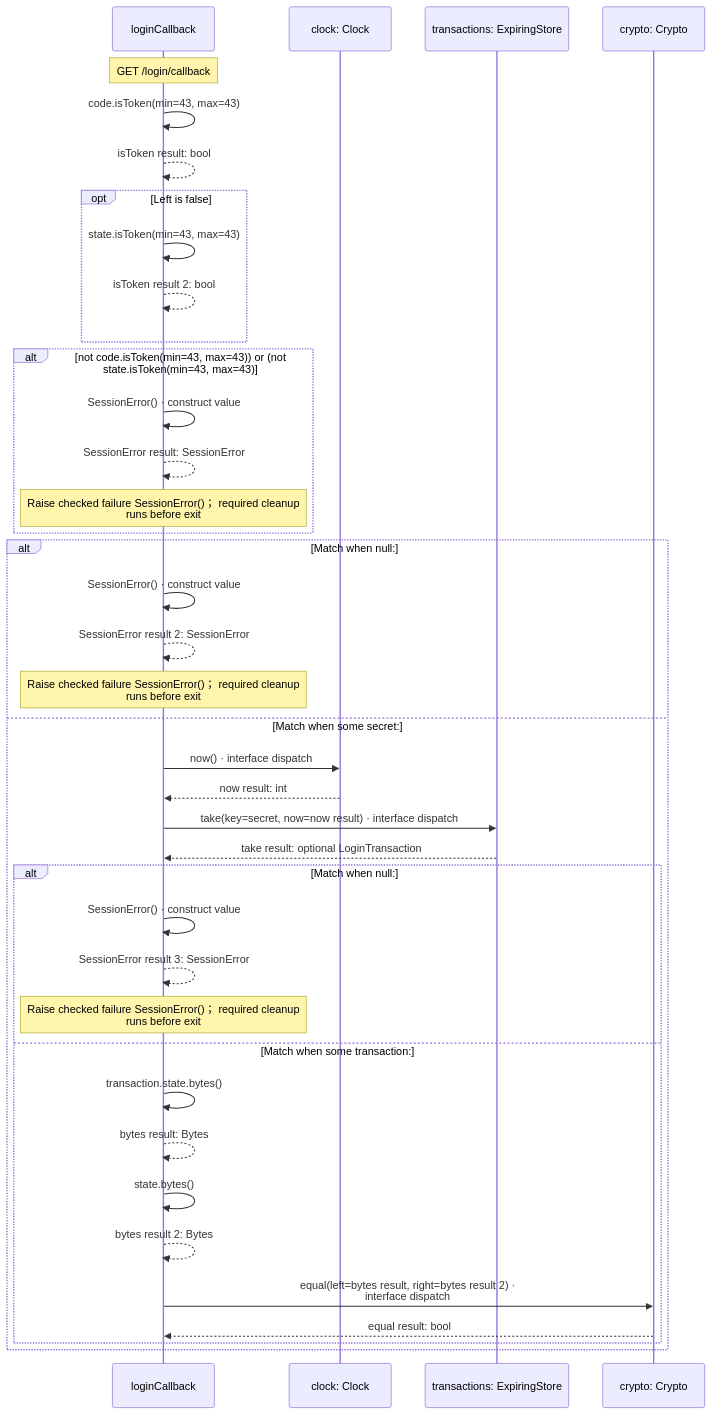
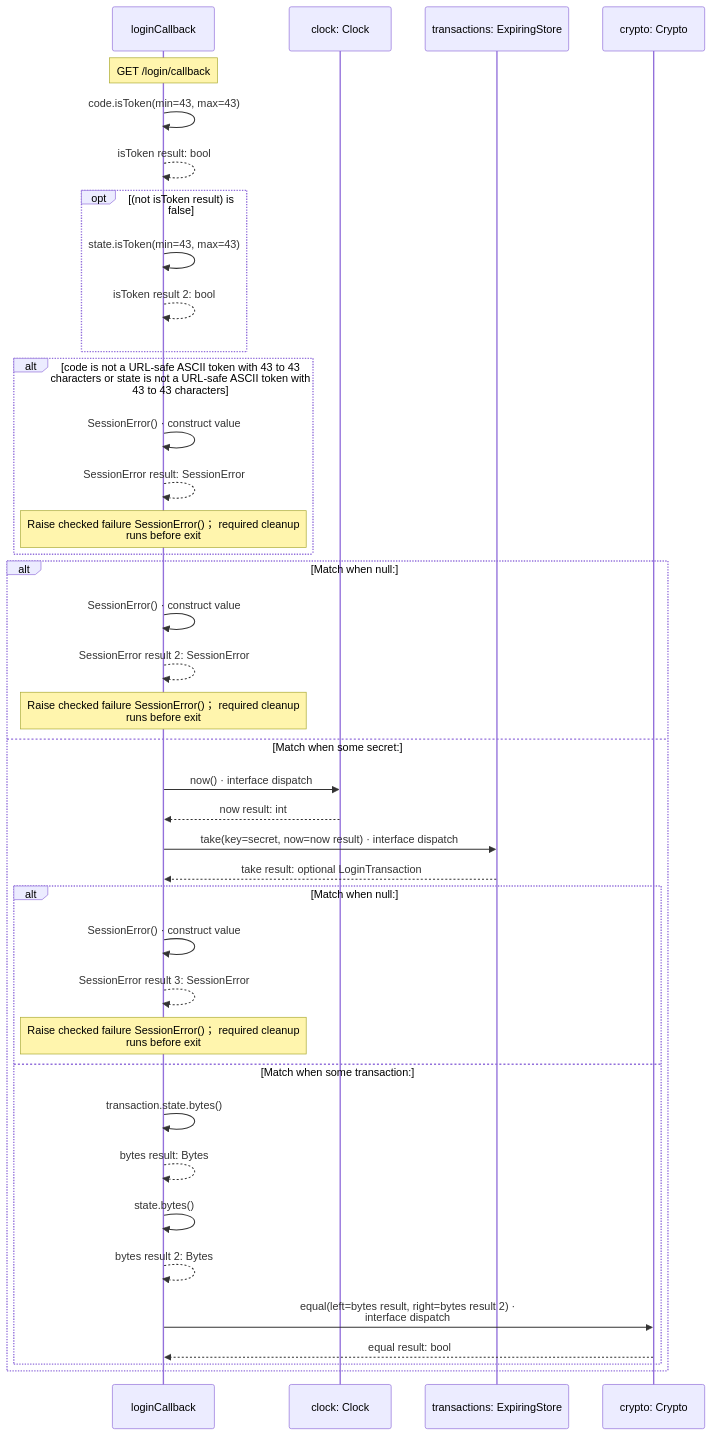
One commit to GreenPandaStudios/augscript changed the ninth of 13 diagrams in docs/examples/oidc-login/client/login-diagrams.md. Above: the diagram before and after it, drawn with Mermaid. The commit also changed other lines of this file and 658 other files, not shown here.

````diff
--- a/docs/examples/oidc-login/client/login-diagrams.md
+++ b/docs/examples/oidc-login/client/login-diagrams.md
@@ -209,41 +233,41 @@
 ```mermaid
 sequenceDiagram
     participant p0 as loginCallback
     participant p1 as clock: Clock
     participant p2 as transactions: ExpiringStore
     participant p3 as crypto: Crypto
     Note over p0: GET /login/callback
     p0->>p0: code.isToken(min=43, max=43)
     p0-->>p0: isToken result: bool
-    opt Left is false
+    opt (not isToken result) is false
     p0->>p0: state.isToken(min=43, max=43)
     p0-->>p0: isToken result 2: bool
     end
-    alt not code.isToken(min=43, max=43)) or (not state.isToken(min=43, max=43)
+    alt code is not a URL-safe ASCII token with 43 to 43<br/>characters or state is not a URL-safe ASCII token with<br/>43 to 43 characters
     p0->>p0: SessionError() · construct value
     p0-->>p0: SessionError result: SessionError
     Note over p0: Raise checked failure SessionError()； required cleanup<br/>runs before exit
     end
     alt Match when null:
     p0->>p0: SessionError() · construct value
     p0-->>p0: SessionError result 2: SessionError
     Note over p0: Raise checked failure SessionError()； required cleanup<br/>runs before exit
     else Match when some secret:
     p0->>p1: now() · interface dispatch
     p1-->>p0: now result: int
     p0->>p2: take(key=secret, now=now result) · interface dispatch
     p2-->>p0: take result: optional LoginTransaction
     alt Match when null:
     p0->>p0: SessionError() · construct value
     p0-->>p0: SessionError result 3: SessionError
     Note over p0: Raise checked failure SessionError()； required cleanup<br/>runs before exit
     else Match when some transaction:
     p0->>p0: transaction.state.bytes()
     p0-->>p0: bytes result: Bytes
     p0->>p0: state.bytes()
     p0-->>p0: bytes result 2: Bytes
     p0->>p3: equal(left=bytes result, right=bytes result 2) ·<br/>interface dispatch
     p3-->>p0: equal result: bool
     end
     end
 ```
````
